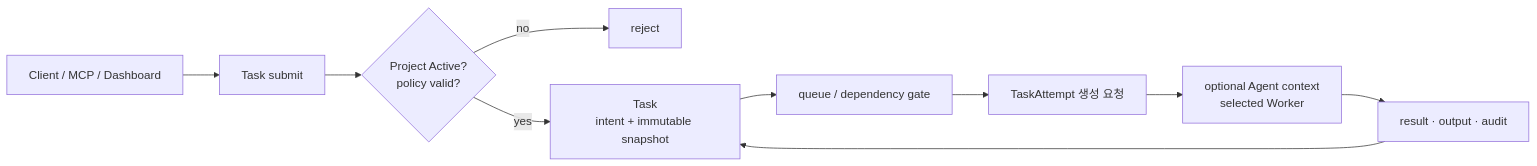
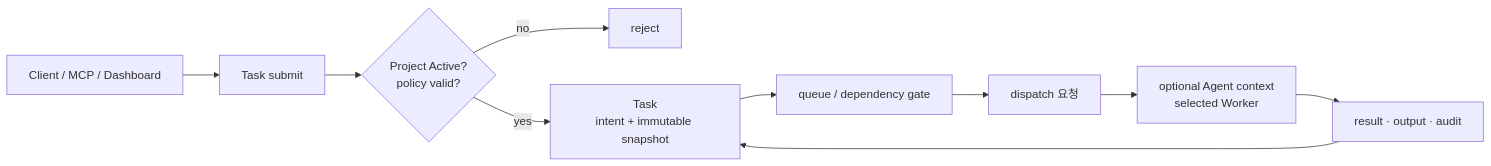
One commit to yarang/grok-fleet-orchestrator changed the first of 2 diagrams in docs/architecture/tasks/management.md. Above: the diagram before and after it, drawn with Mermaid. The commit also changed other lines of this file and 27 other files, not shown here.

````diff
--- a/docs/architecture/tasks/management.md
+++ b/docs/architecture/tasks/management.md
@@ -23,12 +24,12 @@
 ```mermaid
 flowchart LR
     Client["Client / MCP / Dashboard"] --> Submit["Task submit"]
     Submit --> Policy{"Project Active?\npolicy valid?"}
     Policy -- "no" --> Reject["reject"]
     Policy -- "yes" --> Task["Task\nintent + immutable snapshot"]
     Task --> Queue["queue / dependency gate"]
-    Queue --> Attempt["TaskAttempt 생성 요청"]
-    Attempt --> Agent["optional Agent context\nselected Worker"]
+    Queue --> Dispatch["dispatch 요청"]
+    Dispatch --> Agent["optional Agent context\nselected Worker"]
     Agent --> Result["result · output · audit"]
     Result --> Task
 ```
````
